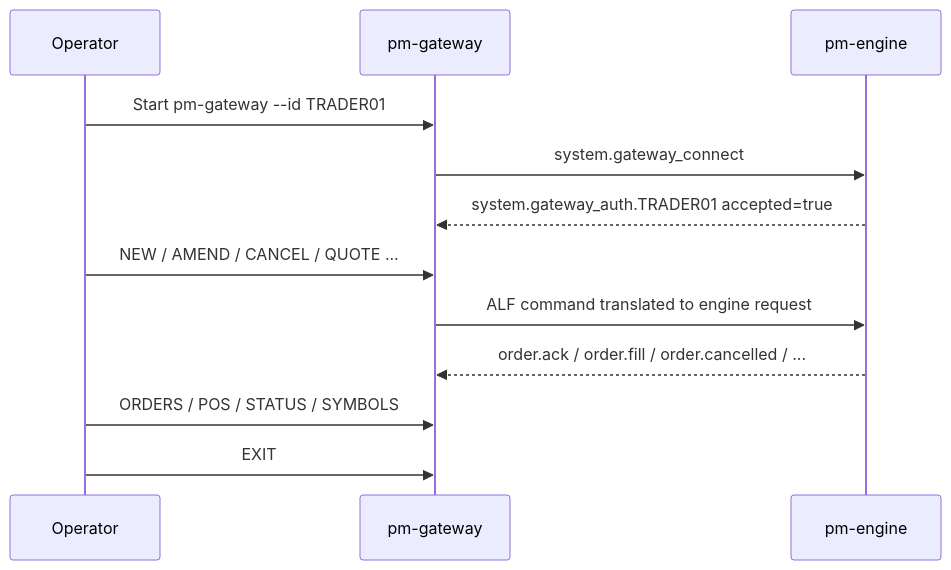
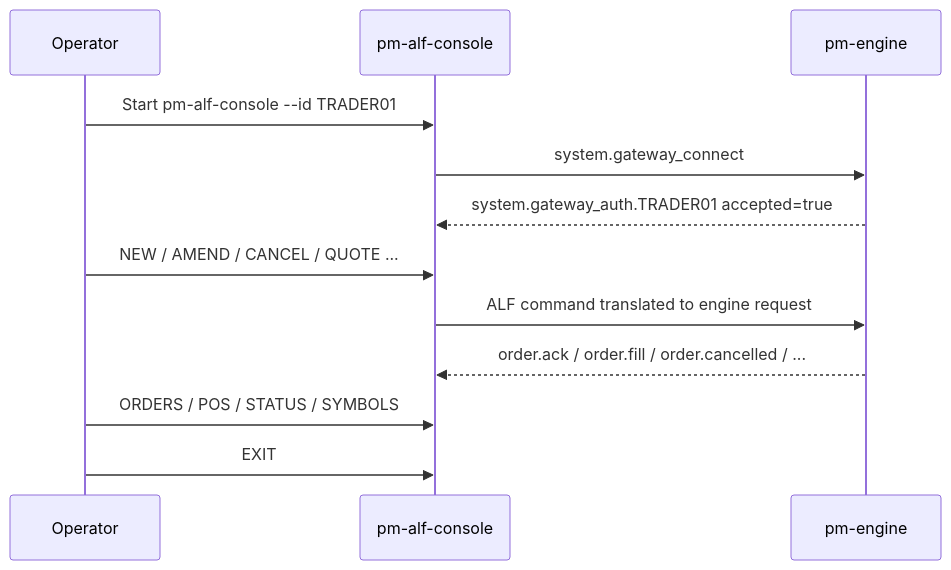
The third of 4 diagrams in docs/user-guide/08-gateway.md (johan162/EduMatcher), drawn with Mermaid before and after one commit. The commit also changed other lines of this file and 38 other files, not shown here.

````diff
--- a/docs/user-guide/08-gateway.md
+++ b/docs/user-guide/08-gateway.md
@@ -264,15 +264,15 @@
 ```mermaid
 sequenceDiagram
   participant U as Operator
-  participant GW as pm-gateway
+  participant GW as pm-alf-console
   participant ENG as pm-engine
 
-  U->>GW: Start pm-gateway --id TRADER01
+  U->>GW: Start pm-alf-console --id TRADER01
   GW->>ENG: system.gateway_connect
   ENG-->>GW: system.gateway_auth.TRADER01 accepted=true
   U->>GW: NEW / AMEND / CANCEL / QUOTE ...
   GW->>ENG: ALF command translated to engine request
   ENG-->>GW: order.ack / order.fill / order.cancelled / ...
   U->>GW: ORDERS / POS / STATUS / SYMBOLS
   U->>GW: EXIT
 ```
````
